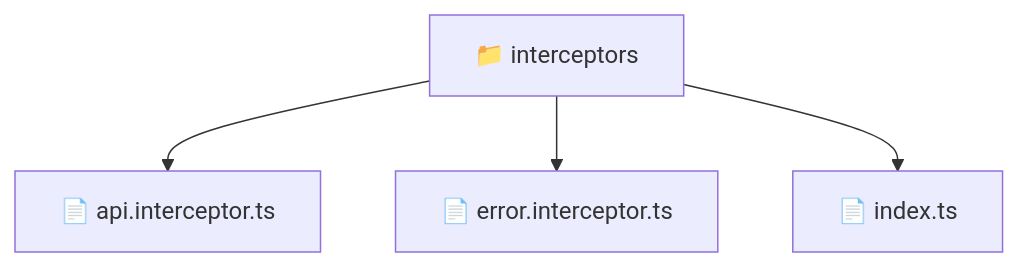
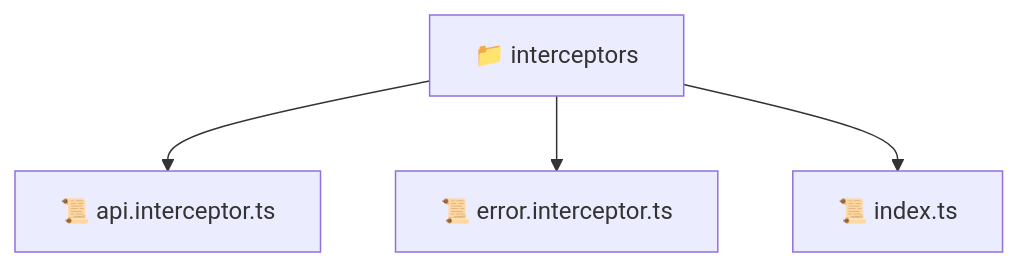
Before and after one commit to beginwebdev2002/fullstack-mavluda: the diagram in frontend/src/core/interceptors/README.md, drawn with Mermaid. The commit also changed other lines of this file and 163 other files, not shown here.

````diff
--- a/frontend/src/core/interceptors/README.md
+++ b/frontend/src/core/interceptors/README.md
@@ -9,7 +9,7 @@
 ```mermaid
 graph TD
-  Root["📁 interceptors"]
-  Root --> api_interceptor_ts["📄 api.interceptor.ts"]
-  Root --> error_interceptor_ts["📄 error.interceptor.ts"]
-  Root --> index_ts["📄 index.ts"]
+  interceptors["📁 interceptors"]
+  interceptors --> api_interceptor_ts["📜 api.interceptor.ts"]
+  interceptors --> error_interceptor_ts["📜 error.interceptor.ts"]
+  interceptors --> index_ts["📜 index.ts"]
 ```
````
